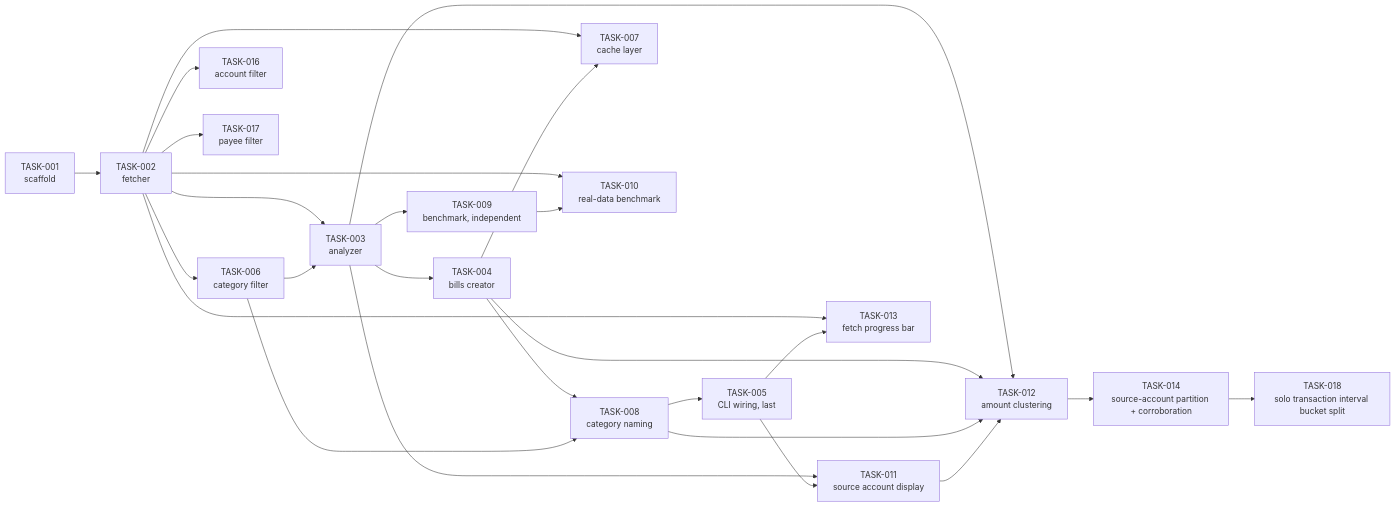
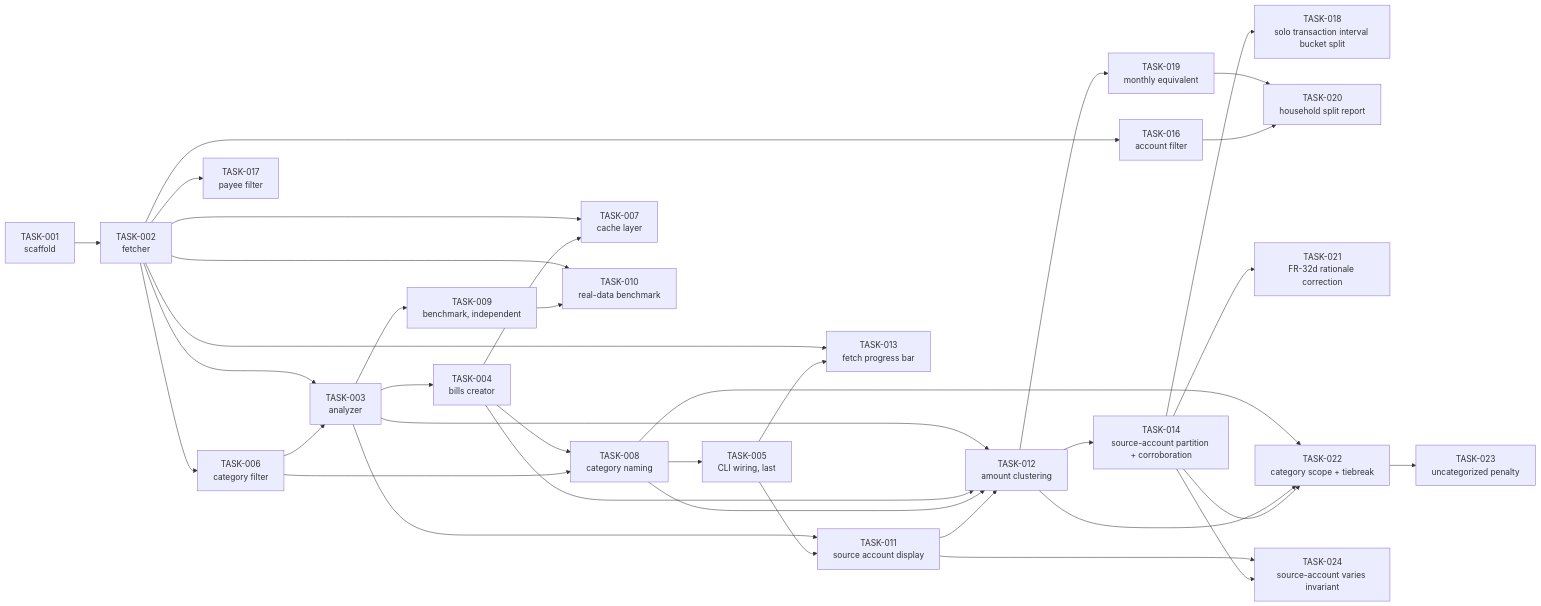
One commit to CmdrPrompt/firefly-bills-analyzer changed the diagram in docs/tasks/README.md. Above: the diagram before and after it, drawn with Mermaid. The commit also changed other lines of this file and 7 other files, not shown here.

First line of the commit message:
feat: implement household contribution split report to calculate and display monthly transfers for shared bills (UC11)

````diff
--- a/docs/tasks/README.md
+++ b/docs/tasks/README.md
@@ -32,28 +38,38 @@
 ```mermaid
 graph LR
     T001[TASK-001<br/>scaffold] --> T002[TASK-002<br/>fetcher]
     T002 --> T006[TASK-006<br/>category filter]
     T002 --> T003[TASK-003<br/>analyzer]
     T006 --> T003
     T003 --> T004[TASK-004<br/>bills creator]
     T004 --> T008[TASK-008<br/>category naming]
     T006 --> T008
     T002 --> T007[TASK-007<br/>cache layer]
     T004 --> T007
     T008 --> T005[TASK-005<br/>CLI wiring, last]
     T003 --> T009[TASK-009<br/>benchmark, independent]
     T002 --> T010[TASK-010<br/>real-data benchmark]
     T009 --> T010
     T003 --> T011[TASK-011<br/>source account display]
     T005 --> T011
     T003 --> T012[TASK-012<br/>amount clustering]
     T004 --> T012
     T008 --> T012
     T011 --> T012
     T002 --> T013[TASK-013<br/>fetch progress bar]
     T005 --> T013
     T012 --> T014[TASK-014<br/>source-account partition + corroboration]
     T002 --> T016[TASK-016<br/>account filter]
     T002 --> T017[TASK-017<br/>payee filter]
     T014 --> T018[TASK-018<br/>solo transaction interval bucket split]
+    T012 --> T019[TASK-019<br/>monthly equivalent]
+    T019 --> T020[TASK-020<br/>household split report]
+    T016 --> T020
+    T014 --> T021[TASK-021<br/>FR-32d rationale correction]
+    T008 --> T022[TASK-022<br/>category scope + tiebreak]
+    T012 --> T022
+    T014 --> T022
+    T022 --> T023[TASK-023<br/>uncategorized penalty]
+    T011 --> T024[TASK-024<br/>source-account varies invariant]
+    T014 --> T024
 ```
````
